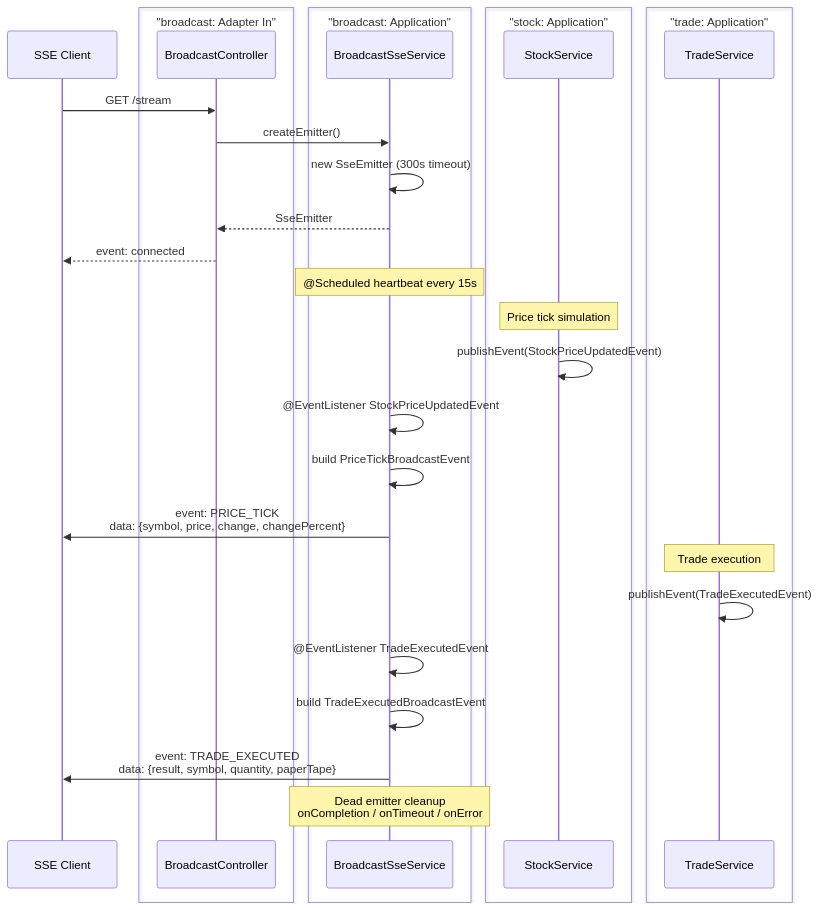
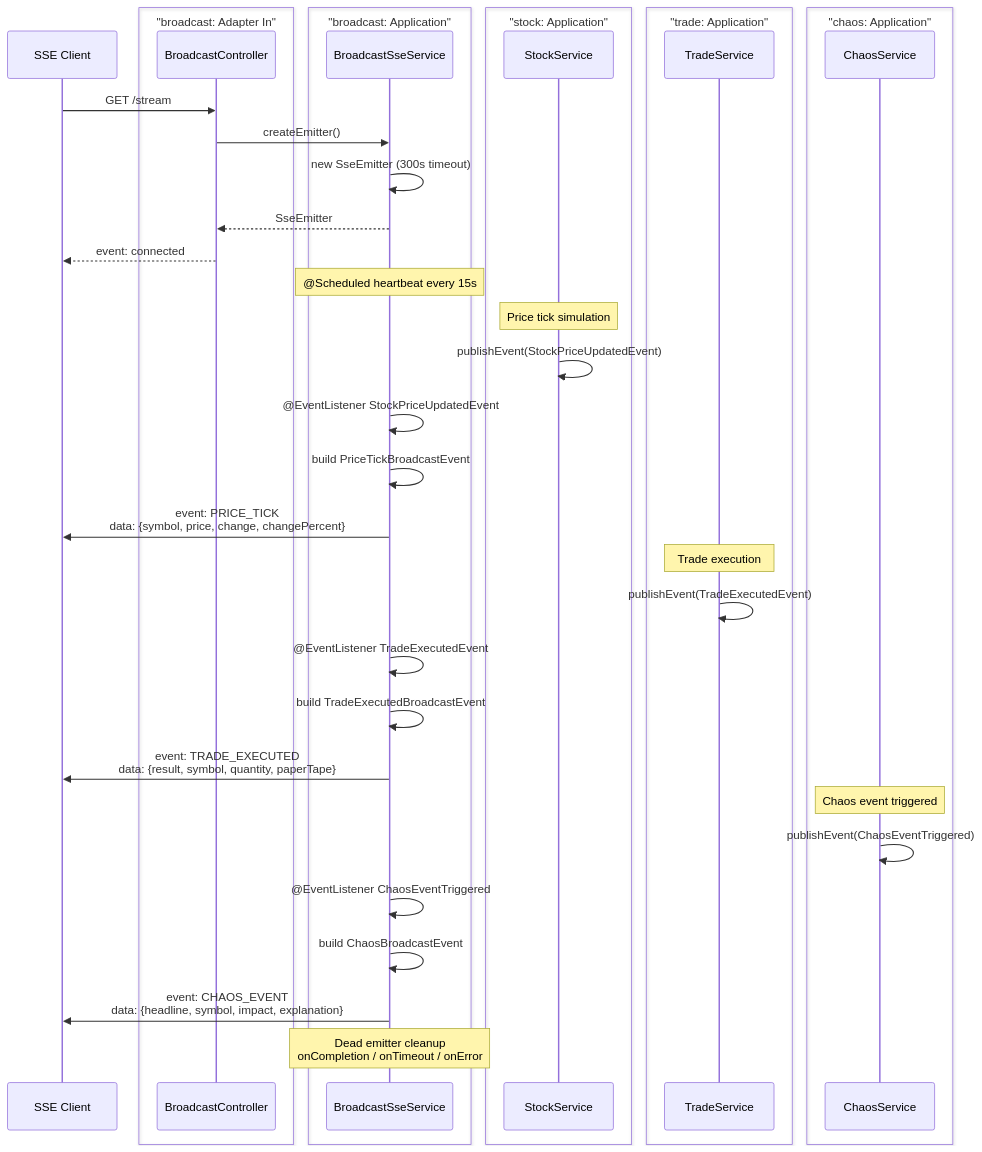
Diagram 14 of 19 in stonks_java/README.md (franBec/stonks-simulator), drawn with Mermaid before and after one commit. The commit also changed other lines of this file, not shown here.

First line of the commit message:
docs: update module architecture graph, end-to-end flows, and integrations

````diff
--- a/stonks_java/README.md
+++ b/stonks_java/README.md
@@ -693,38 +692,47 @@
 ```mermaid
 sequenceDiagram
     participant Client as SSE Client
     box "broadcast: Adapter In"
     participant BC as BroadcastController
     end
     box "broadcast: Application"
     participant BS as BroadcastSseService
     end
     box "stock: Application"
     participant SS as StockService
     end
     box "trade: Application"
     participant TS as TradeService
+    end
+    box "chaos: Application"
+    participant CS as ChaosService
     end
 
     Client->>BC: GET /stream
     BC->>BS: createEmitter()
     BS->>BS: new SseEmitter (300s timeout)
     BS-->>BC: SseEmitter
     BC-->>Client: event: connected
 
     Note over BS: @Scheduled heartbeat every 15s
 
     Note over SS: Price tick simulation
     SS->>SS: publishEvent(StockPriceUpdatedEvent)
     BS->>BS: @EventListener StockPriceUpdatedEvent
     BS->>BS: build PriceTickBroadcastEvent
     BS->>Client: event: PRICE_TICK<br/>data: {symbol, price, change, changePercent}
 
     Note over TS: Trade execution
     TS->>TS: publishEvent(TradeExecutedEvent)
     BS->>BS: @EventListener TradeExecutedEvent
     BS->>BS: build TradeExecutedBroadcastEvent
     BS->>Client: event: TRADE_EXECUTED<br/>data: {result, symbol, quantity, paperTape}
 
+    Note over CS: Chaos event triggered
+    CS->>CS: publishEvent(ChaosEventTriggered)
+    BS->>BS: @EventListener ChaosEventTriggered
+    BS->>BS: build ChaosBroadcastEvent
+    BS->>Client: event: CHAOS_EVENT<br/>data: {headline, symbol, impact, explanation}
+
     Note over BS: Dead emitter cleanup<br/>onCompletion / onTimeout / onError
 ```
````
